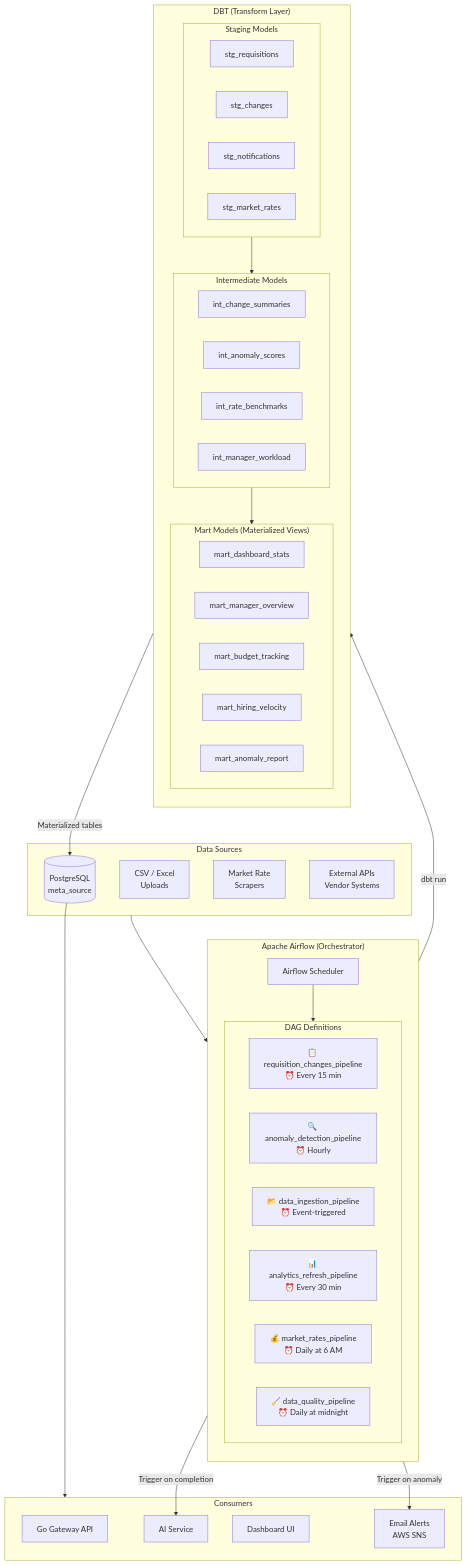
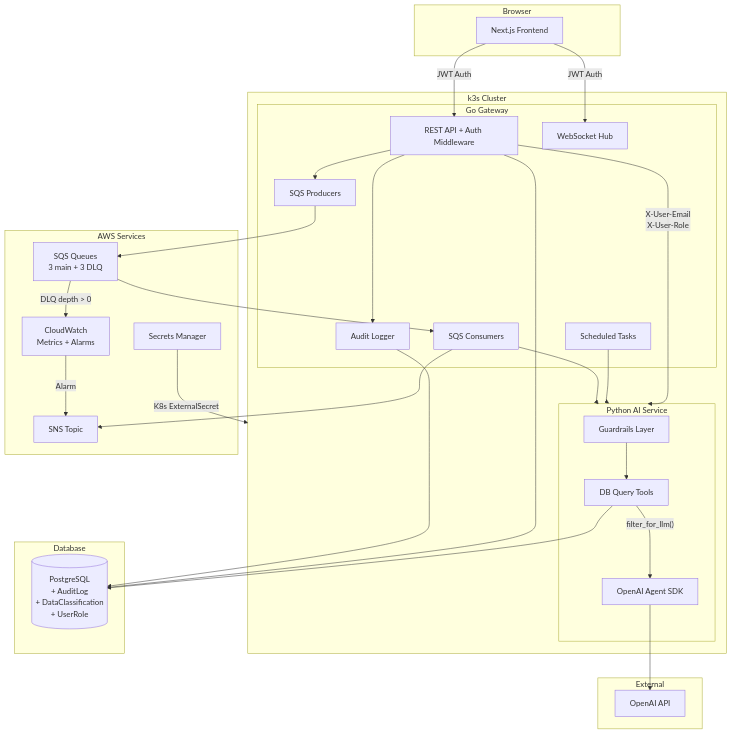
One commit to shankasf/notification_automation changed the first of 4 diagrams in README.md. Above: the diagram before and after it, drawn with Mermaid. The commit also changed other lines of this file and 53 other files, not shown here.

First line of the commit message:
feat: Add AWS SQS, CloudWatch, auth, data compliance, and guardrails

````diff
--- a/README.md
+++ b/README.md
@@ -369,66 +358,58 @@
 ```mermaid
 flowchart TB
-    subgraph Sources["Data Sources"]
-        PG[(PostgreSQL<br/>meta_source)]
-        CSV[CSV / Excel<br/>Uploads]
-        SCRAPE[Market Rate<br/>Scrapers]
-        API_EXT[External APIs<br/>Vendor Systems]
+    subgraph Browser["Browser"]
+        FE[Next.js Frontend]
     end
 
-    subgraph Airflow["Apache Airflow (Orchestrator)"]
-        direction TB
-        SCHED[Airflow Scheduler]
-
-        subgraph DAGs["DAG Definitions"]
-            DAG1["📋 requisition_changes_pipeline<br/>⏰ Every 15 min"]
-            DAG2["🔍 anomaly_detection_pipeline<br/>⏰ Hourly"]
-            DAG3["📂 data_ingestion_pipeline<br/>⏰ Event-triggered"]
-            DAG4["📊 analytics_refresh_pipeline<br/>⏰ Every 30 min"]
-            DAG5["💰 market_rates_pipeline<br/>⏰ Daily at 6 AM"]
-            DAG6["🧹 data_quality_pipeline<br/>⏰ Daily at midnight"]
+    subgraph K8s["k3s Cluster"]
+        subgraph GW["Go Gateway"]
+            API[REST API + Auth Middleware]
+            WS[WebSocket Hub]
+            SQS_PROD[SQS Producers]
+            SQS_CONS[SQS Consumers]
+            SCHED[Scheduled Tasks]
+            AUDIT[Audit Logger]
         end
 
-        SCHED --> DAGs
+        subgraph AI["Python AI Service"]
+            GUARD[Guardrails Layer]
+            LLM_PROXY[OpenAI Agent SDK]
+            TOOLS[DB Query Tools]
+        end
     end
 
-    subgraph DBT["DBT (Transform Layer)"]
-        direction TB
-        subgraph Staging["Staging Models"]
-            STG1[stg_requisitions]
-            STG2[stg_changes]
-            STG3[stg_notifications]
-            STG4[stg_market_rates]
-        end
-
-        subgraph Intermediate["Intermediate Models"]
-            INT1[int_change_summaries]
-            INT2[int_anomaly_scores]
-            INT3[int_rate_benchmarks]
-            INT4[int_manager_workload]
-        end
-
-        subgraph Marts["Mart Models (Materialized Views)"]
-            MART1[mart_dashboard_stats]
-            MART2[mart_manager_overview]
-            MART3[mart_budget_tracking]
-            MART4[mart_hiring_velocity]
-            MART5[mart_anomaly_report]
-        end
-
-        Staging --> Intermediate --> Marts
+    subgraph AWS["AWS Services"]
+        SQS_Q["SQS Queues<br/>3 main + 3 DLQ"]
+        SNS[SNS Topic]
+        CW[CloudWatch<br/>Metrics + Alarms]
+        SM[Secrets Manager]
     end
 
-    subgraph Consumers["Consumers"]
-        GW[Go Gateway API]
-        AI[AI Service]
-        DASH[Dashboard UI]
-        EMAIL[Email Alerts<br/>AWS SNS]
+    subgraph DB["Database"]
+        PG[(PostgreSQL<br/>+ AuditLog<br/>+ DataClassification<br/>+ UserRole)]
     end
 
-    Sources --> Airflow
-    Airflow -->|"dbt run"| DBT
-    DBT -->|Materialized tables| PG
-    PG --> Consumers
-    Airflow -->|"Trigger on completion"| AI
-    Airflow -->|"Trigger on anomaly"| EMAIL
+    subgraph OpenAI["External"]
+        GPT[OpenAI API]
+    end
+
+    FE -->|"JWT Auth"| API
+    FE -->|"JWT Auth"| WS
+    API --> SQS_PROD
+    SQS_PROD --> SQS_Q
+    SQS_Q --> SQS_CONS
+    SQS_CONS --> SNS
+    SQS_CONS --> AI
+    SCHED --> AI
+    API -->|"X-User-Email<br/>X-User-Role"| AI
+    GUARD --> TOOLS
+    TOOLS -->|"filter_for_llm()"| LLM_PROXY
+    LLM_PROXY --> GPT
+    SQS_Q -->|"DLQ depth > 0"| CW
+    CW -->|"Alarm"| SNS
+    SM -->|"K8s ExternalSecret"| K8s
+    API --> AUDIT
+    AUDIT --> PG
+    TOOLS --> PG
+    API --> PG
 ```
````
